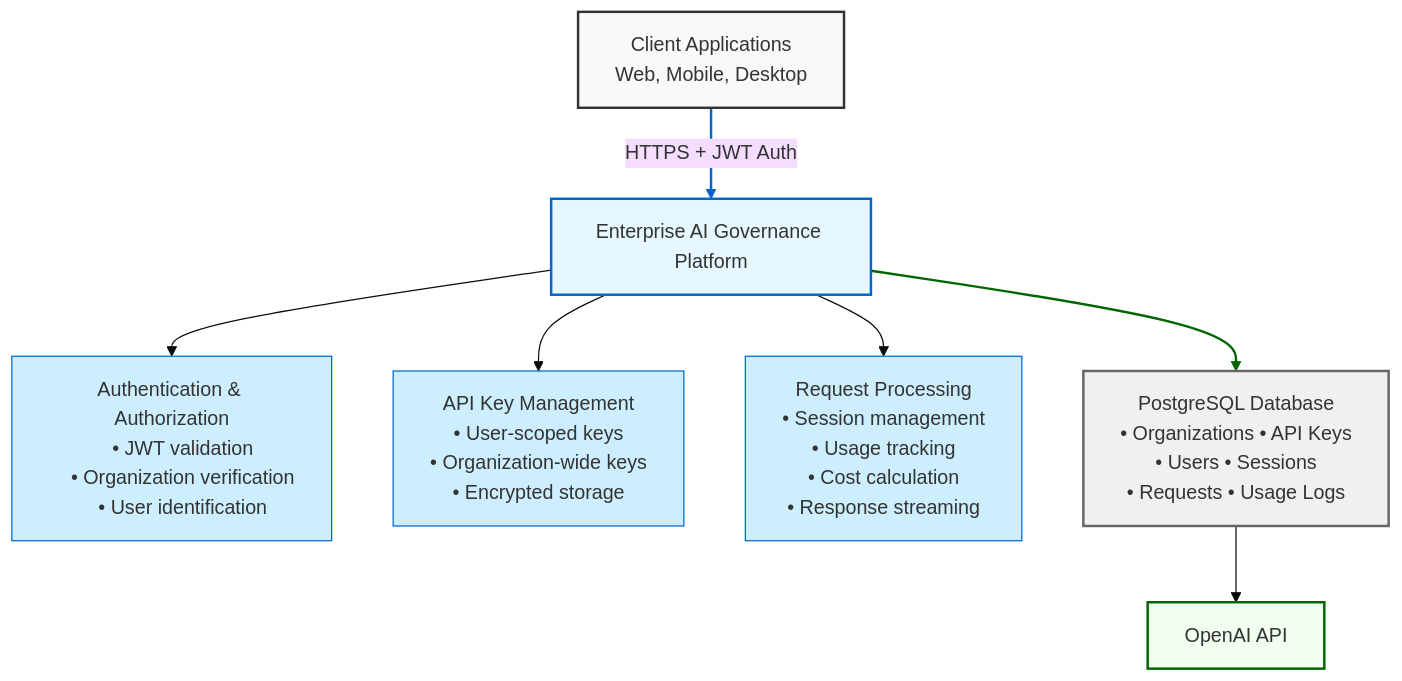
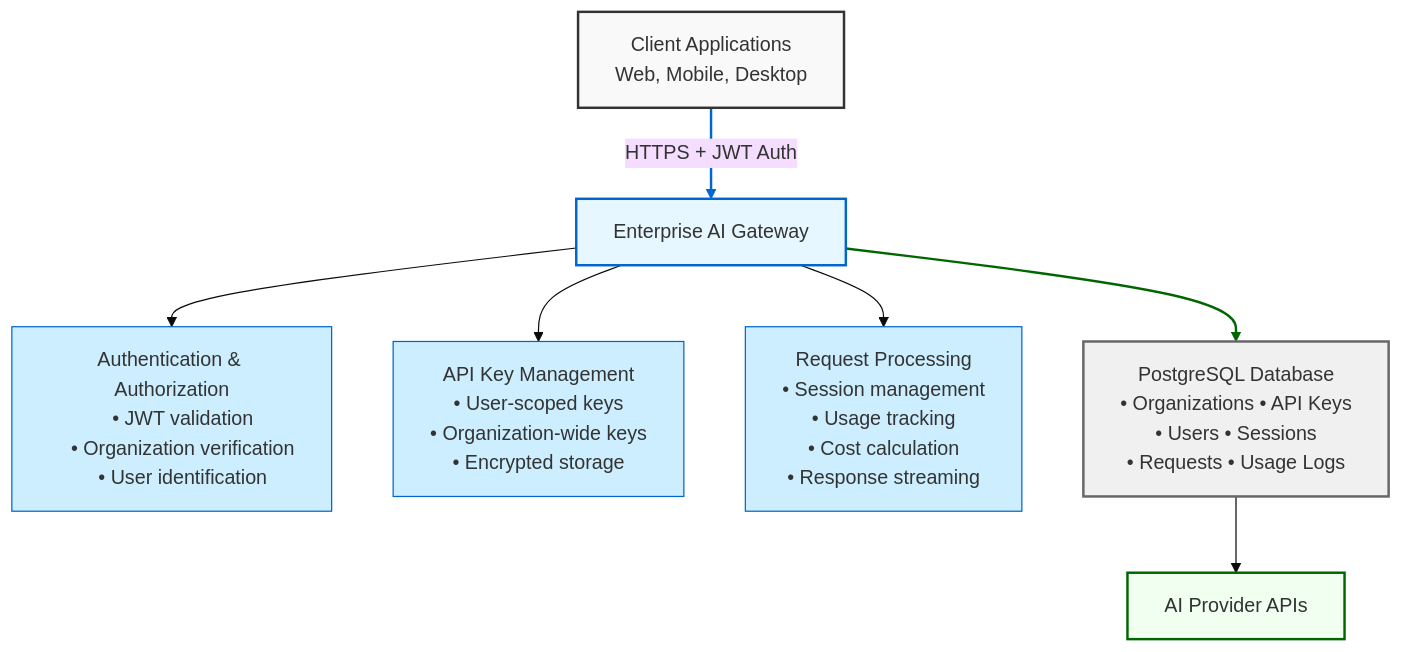
One commit to amotivv-inc/memory-box-inference changed the first of 2 diagrams in README.md. Above: the diagram before and after it, drawn with Mermaid (base theme). The commit also changed other lines of this file and 5 other files, not shown here.

Commit message:
Update documentation to Enterprise AI Gateway positioning

````diff
--- a/README.md
+++ b/README.md
@@ -26,47 +57,47 @@
 ```mermaid
 flowchart TD
     classDef clients fill:#f9f9f9,stroke:#333,stroke-width:2px
-    classDef proxy fill:#e6f7ff,stroke:#0066cc,stroke-width:2px
-    classDef proxyComponents fill:#cceeff,stroke:#0066cc,stroke-width:1px
+    classDef gateway fill:#e6f7ff,stroke:#0066cc,stroke-width:2px
+    classDef gatewayComponents fill:#cceeff,stroke:#0066cc,stroke-width:1px
     classDef database fill:#f0f0f0,stroke:#666666,stroke-width:2px
-    classDef openai fill:#f0fff0,stroke:#006600,stroke-width:2px
+    classDef ai fill:#f0fff0,stroke:#006600,stroke-width:2px
     
     clients["Client Applications
     Web, Mobile, Desktop"]:::clients
     
-    proxy["Enterprise AI Governance Platform"]:::proxy
+    gateway["Enterprise AI Gateway"]:::gateway
     
     auth["Authentication & Authorization
     • JWT validation
     • Organization verification
-    • User identification"]:::proxyComponents
+    • User identification"]:::gatewayComponents
     
     keyMgmt["API Key Management
     • User-scoped keys
     • Organization-wide keys
-    • Encrypted storage"]:::proxyComponents
+    • Encrypted storage"]:::gatewayComponents
     
     reqProc["Request Processing
     • Session management
     • Usage tracking
     • Cost calculation
-    • Response streaming"]:::proxyComponents
+    • Response streaming"]:::gatewayComponents
     
     db["PostgreSQL Database
     • Organizations • API Keys
     • Users • Sessions
     • Requests • Usage Logs"]:::database
     
-    oai["OpenAI API"]:::openai
+    ai["AI Provider APIs"]:::ai
     
-    clients -- "HTTPS + JWT Auth" --> proxy
-    proxy --> auth
-    proxy --> keyMgmt
-    proxy --> reqProc
-    proxy --> db
-    db --> oai
+    clients -- "HTTPS + JWT Auth" --> gateway
+    gateway --> auth
+    gateway --> keyMgmt
+    gateway --> reqProc
+    gateway --> db
+    db --> ai
     
     %% Add relationship labels and styling
     linkStyle 0 stroke:#0066cc,stroke-width:2px
     linkStyle 4 stroke:#006600,stroke-width:2px
 ```
````
